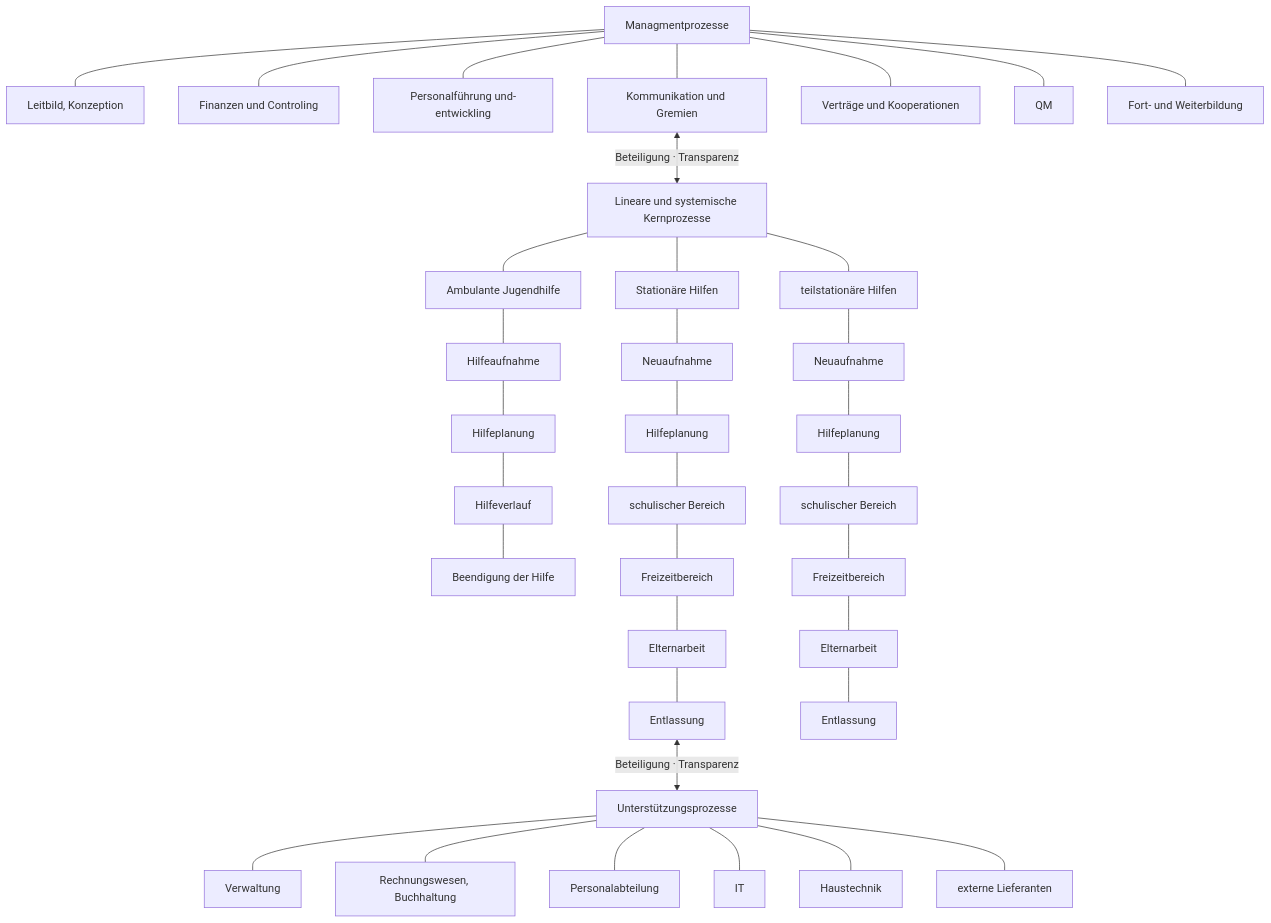
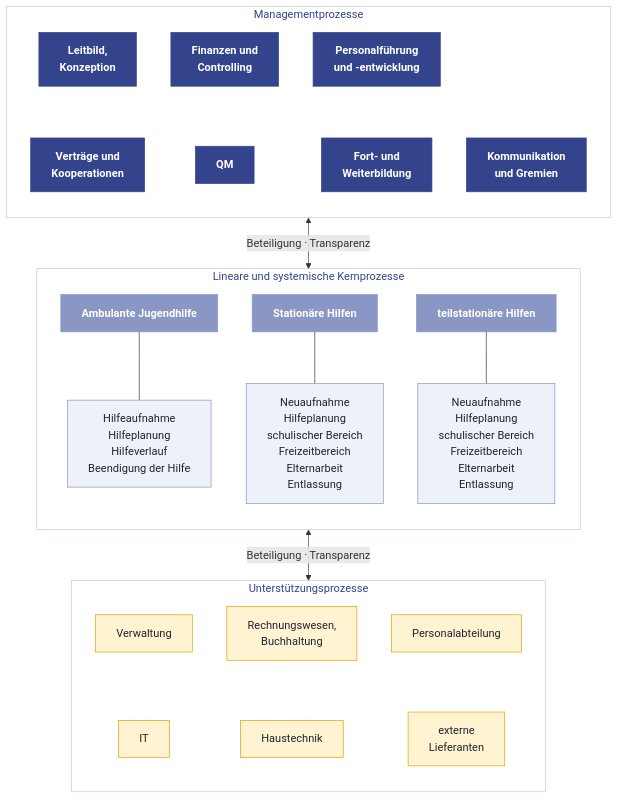
Before and after one commit to BSBSWS/qm: the diagram in handbuch/3.1.2_prozesslandkarte.md, drawn with Mermaid. The commit also changed other lines of this file and 6 other files, not shown here.

````diff
--- a/handbuch/3.1.2_prozesslandkarte.md
+++ b/handbuch/3.1.2_prozesslandkarte.md
@@ -15,12 +29,35 @@
 ```mermaid
 flowchart TB
-    M["Managmentprozesse"]
-    M --- M1["Leitbild, Konzeption"] & M2["Finanzen und Controling"] & M3["Personalführung und-entwickling"] & M4["Kommunikation und Gremien"] & M5["Verträge und Kooperationen"] & M6["QM"] & M7["Fort- und Weiterbildung"]
-    M4 <-->|"Beteiligung · Transparenz"| K["Lineare und systemische Kernprozesse"]
-    K --- KA["Ambulante Jugendhilfe"] & KS["Stationäre Hilfen"] & KT["teilstationäre Hilfen"]
-    KA --- KA1["Hilfeaufnahme"] --- KA2["Hilfeplanung"] --- KA3["Hilfeverlauf"] --- KA4["Beendigung der Hilfe"]
-    KS --- KS1["Neuaufnahme"] --- KS2["Hilfeplanung"] --- KS3["schulischer Bereich"] --- KS4["Freizeitbereich"] --- KS5["Elternarbeit"] --- KS6["Entlassung"]
-    KT --- KT1["Neuaufnahme"] --- KT2["Hilfeplanung"] --- KT3["schulischer Bereich"] --- KT4["Freizeitbereich"] --- KT5["Elternarbeit"] --- KT6["Entlassung"]
-    KS6 <-->|"Beteiligung · Transparenz"| U["Unterstützungsprozesse"]
-    U --- U1["Verwaltung"] & U2["Rechnungswesen, Buchhaltung"] & U3["Personalabteilung"] & U4["IT"] & U5["Haustechnik"] & U6["externe Lieferanten"]
+    subgraph M["Managementprozesse"]
+        direction TB
+        M1["Leitbild,<br/>Konzeption"] ~~~ M5["Verträge und<br/>Kooperationen"]
+        M2["Finanzen und<br/>Controlling"] ~~~ M6["QM"]
+        M3["Personalführung<br/>und -entwicklung"] ~~~ M7["Fort- und<br/>Weiterbildung"]
+        M4["Kommunikation<br/>und Gremien"]
+    end
+    subgraph K["Lineare und systemische Kernprozesse"]
+        direction TB
+        KA["Ambulante Jugendhilfe"] --- KA1["Hilfeaufnahme<br/>Hilfeplanung<br/>Hilfeverlauf<br/>Beendigung der Hilfe"]
+        KS["Stationäre Hilfen"] --- KS1["Neuaufnahme<br/>Hilfeplanung<br/>schulischer Bereich<br/>Freizeitbereich<br/>Elternarbeit<br/>Entlassung"]
+        KT["teilstationäre Hilfen"] --- KT1["Neuaufnahme<br/>Hilfeplanung<br/>schulischer Bereich<br/>Freizeitbereich<br/>Elternarbeit<br/>Entlassung"]
+    end
+    subgraph U["Unterstützungsprozesse"]
+        direction TB
+        U1["Verwaltung"] ~~~ U4["IT"]
+        U2["Rechnungswesen,<br/>Buchhaltung"] ~~~ U5["Haustechnik"]
+        U3["Personalabteilung"] ~~~ U6["externe<br/>Lieferanten"]
+    end
+    M <-->|"Beteiligung · Transparenz"| K
+    K <-->|"Beteiligung · Transparenz"| U
+    classDef management fill:#33448C,stroke:#33448C,color:#FFFFFF,font-weight:bold
+    classDef bereich fill:#8A96C4,stroke:#8A96C4,color:#FFFFFF,font-weight:bold
+    classDef kern fill:#EEF1F8,stroke:#8A96C4,color:#1F2433
+    classDef unterstuetzung fill:#FFF3D1,stroke:#E0A100,color:#1F2433
+    class M1,M2,M3,M4,M5,M6,M7 management
+    class KA,KS,KT bereich
+    class KA1,KS1,KT1 kern
+    class U1,U2,U3,U4,U5,U6 unterstuetzung
+    style M fill:#FFFFFF,stroke:#C5CBE0,color:#33448C
+    style K fill:#FFFFFF,stroke:#C5CBE0,color:#33448C
+    style U fill:#FFFFFF,stroke:#C5CBE0,color:#33448C
 ```
````
